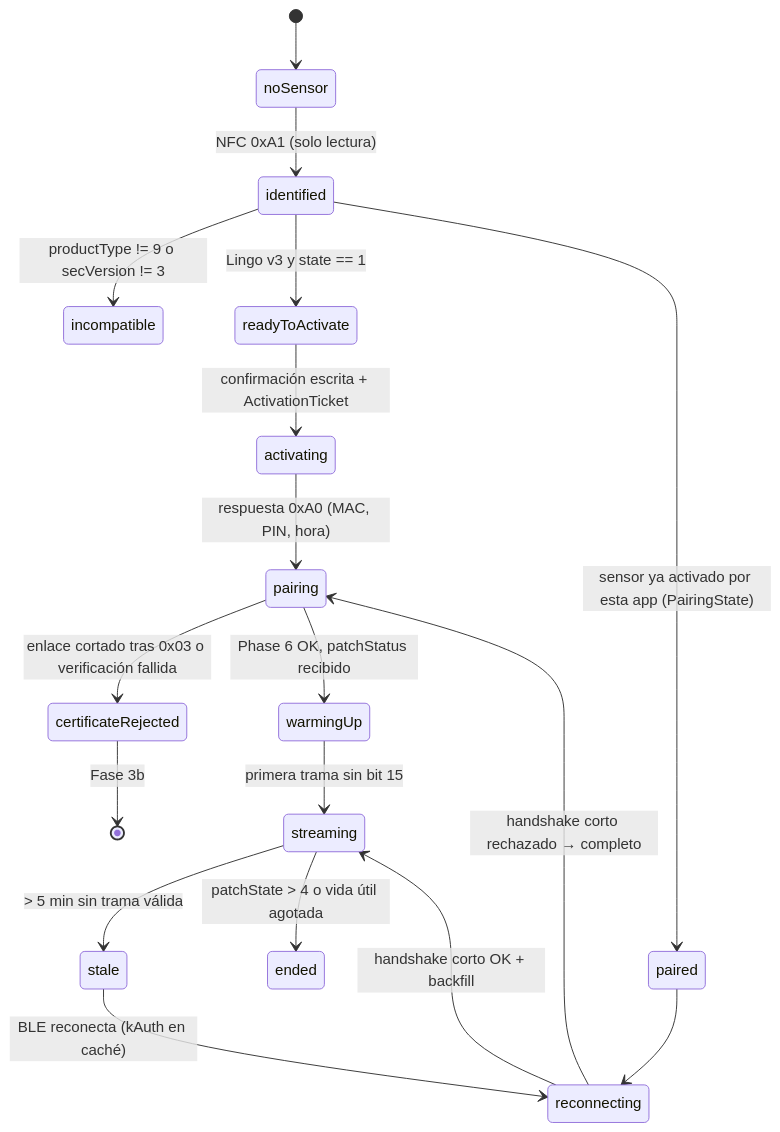
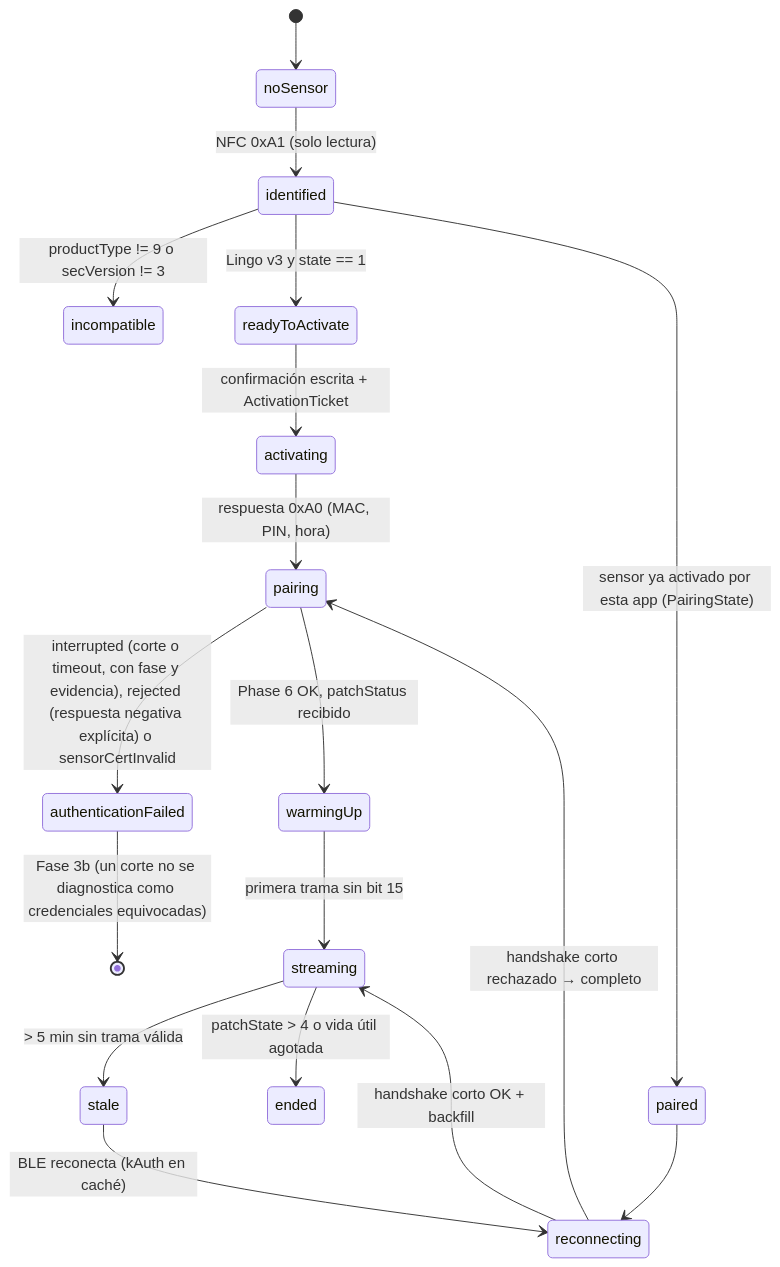
One commit to juandiab/Lingclose changed the first of 2 diagrams in ARQUITECTURA.md. Above: the diagram before and after it, drawn with Mermaid. The commit also changed 2 other files, not shown here.

Commit message:
Ajustes del backlog tras la revisión de Astra: authenticationInterrupted, credenciales no se borran, Fase 2a/2b, T-15 cruzado, T-09 con sink inyectado, T-16 exige T-19

````diff
--- a/ARQUITECTURA.md
+++ b/ARQUITECTURA.md
@@ -58,20 +58,20 @@
 ```mermaid
 stateDiagram-v2
   [*] --> noSensor
   noSensor --> identified: NFC 0xA1 (solo lectura)
   identified --> incompatible: productType != 9 o secVersion != 3
   identified --> readyToActivate: Lingo v3 y state == 1
   identified --> paired: sensor ya activado por esta app (PairingState)
   readyToActivate --> activating: confirmación escrita + ActivationTicket
   activating --> pairing: respuesta 0xA0 (MAC, PIN, hora)
-  pairing --> certificateRejected: enlace cortado tras 0x03 o verificación fallida
+  pairing --> authenticationFailed: interrupted (corte o timeout, con fase y evidencia), rejected (respuesta negativa explícita) o sensorCertInvalid
   pairing --> warmingUp: Phase 6 OK, patchStatus recibido
   warmingUp --> streaming: primera trama sin bit 15
   streaming --> stale: > 5 min sin trama válida
   stale --> reconnecting: BLE reconecta (kAuth en caché)
   reconnecting --> streaming: handshake corto OK + backfill
   reconnecting --> pairing: handshake corto rechazado → completo
   streaming --> ended: patchState > 4 o vida útil agotada
   paired --> reconnecting
-  certificateRejected --> [*]: Fase 3b
+  authenticationFailed --> [*]: Fase 3b (un corte no se diagnostica como credenciales equivocadas)
 ```
````
